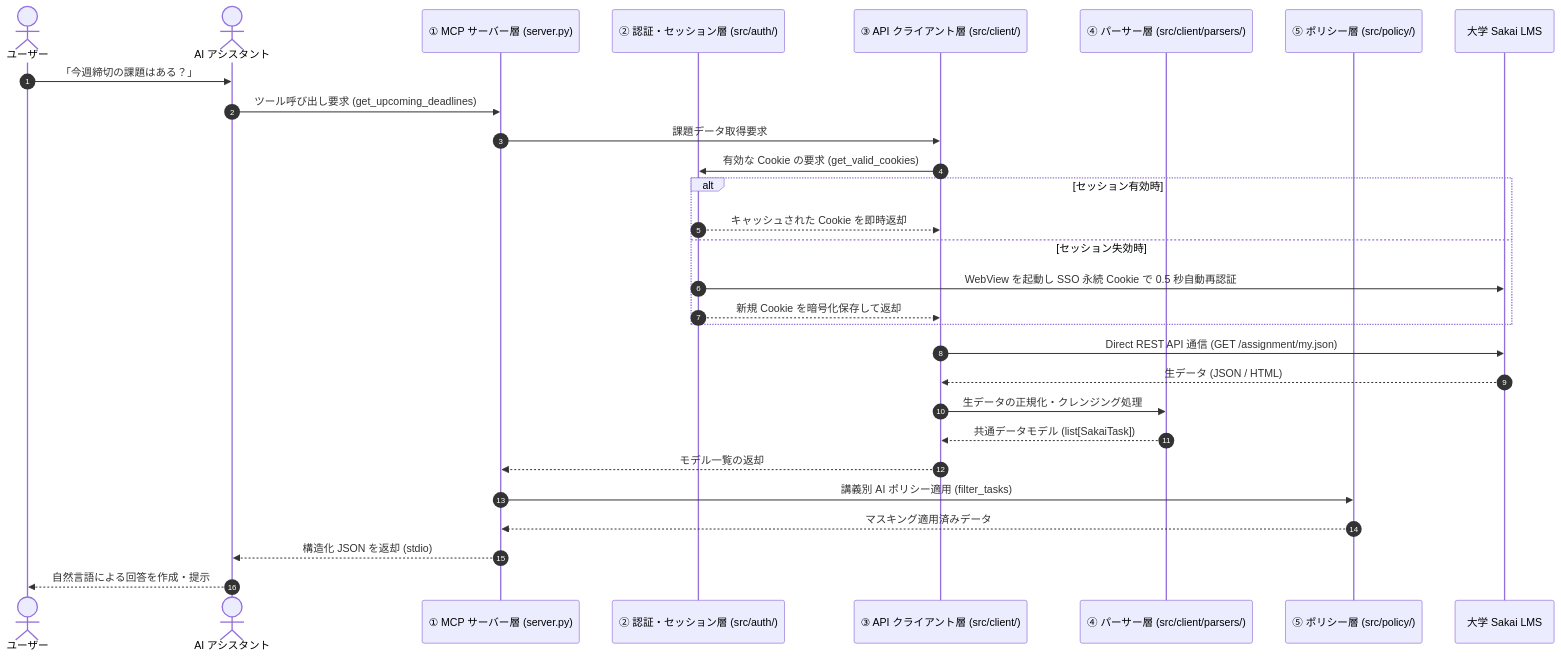
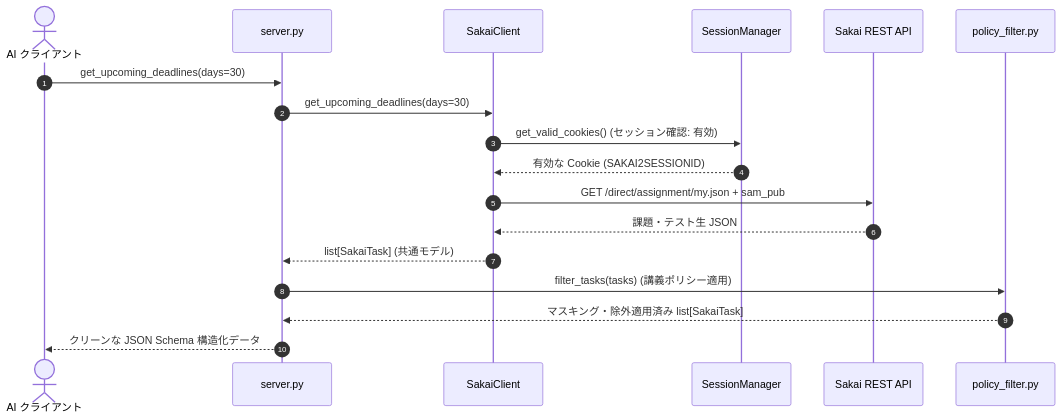
The second of 5 diagrams in docs/guide.md (project-sakai-mcp/sakai-tasks-mcp), drawn with Mermaid before and after one commit. The commit also changed other lines of this file, not shown here.

````diff
--- a/docs/guide.md
+++ b/docs/guide.md
@@ -29,34 +70,21 @@
 ```mermaid
 sequenceDiagram
     autonumber
-    actor User as ユーザー
-    actor AI as AI アシスタント
-    participant Server as ① MCP サーバー層 (server.py)
-    participant Auth as ② 認証・セッション層 (src/auth/)
-    participant Client as ③ API クライアント層 (src/client/)
-    participant Parser as ④ パーサー層 (src/client/parsers/)
-    participant Policy as ⑤ ポリシー層 (src/policy/)
-    participant Sakai as 大学 Sakai LMS
+    actor AI as AI クライアント
+    participant Server as server.py
+    participant Client as SakaiClient
+    participant Auth as SessionManager
+    participant Sakai as Sakai REST API
+    participant Filter as policy_filter.py
 
-    User->>AI: 「今週締切の課題はある？」
-    AI->>Server: ツール呼び出し要求 (get_upcoming_deadlines)
-    Server->>Client: 課題データ取得要求
-    Client->>Auth: 有効な Cookie の要求 (get_valid_cookies)
-    
-    alt セッション有効時
-        Auth-->>Client: キャッシュされた Cookie を即時返却
-    else セッション失効時
-        Auth->>Sakai: WebView を起動し SSO 永続 Cookie で 0.5 秒自動再認証
-        Auth-->>Client: 新規 Cookie を暗号化保存して返却
-    end
-
-    Client->>Sakai: Direct REST API 通信 (GET /assignment/my.json)
-    Sakai-->>Client: 生データ (JSON / HTML)
-    Client->>Parser: 生データの正規化・クレンジング処理
-    Parser-->>Client: 共通データモデル (list[SakaiTask])
-    Client-->>Server: モデル一覧の返却
-    Server->>Policy: 講義別 AI ポリシー適用 (filter_tasks)
-    Policy-->>Server: マスキング適用済みデータ
-    Server-->>AI: 構造化 JSON を返却 (stdio)
-    AI-->>User: 自然言語による回答を作成・提示
+    AI->>Server: get_upcoming_deadlines(days=30)
+    Server->>Client: get_upcoming_deadlines(days=30)
+    Client->>Auth: get_valid_cookies() (セッション確認: 有効)
+    Auth-->>Client: 有効な Cookie (SAKAI2SESSIONID)
+    Client->>Sakai: GET /direct/assignment/my.json + sam_pub
+    Sakai-->>Client: 課題・テスト生 JSON
+    Client-->>Server: list[SakaiTask] (共通モデル)
+    Server->>Filter: filter_tasks(tasks) (講義ポリシー適用)
+    Filter-->>Server: マスキング・除外適用済み list[SakaiTask]
+    Server-->>AI: クリーンな JSON Schema 構造化データ
 ```
````
